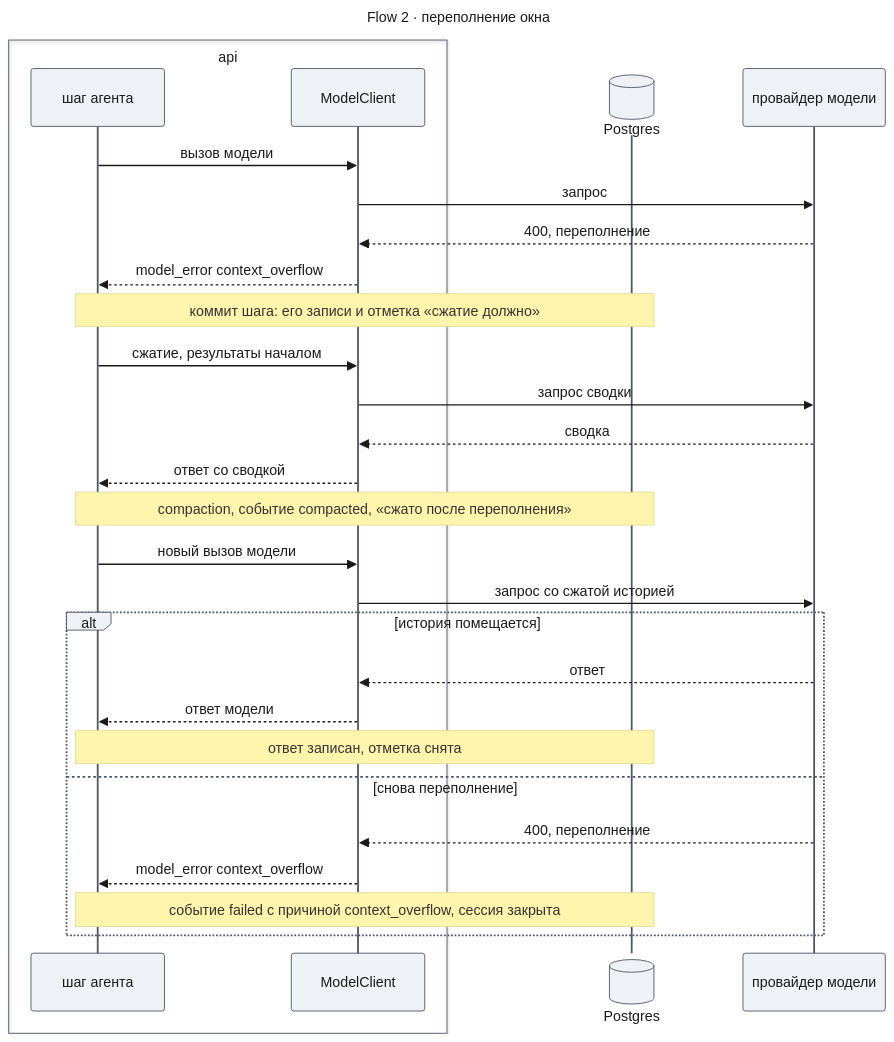
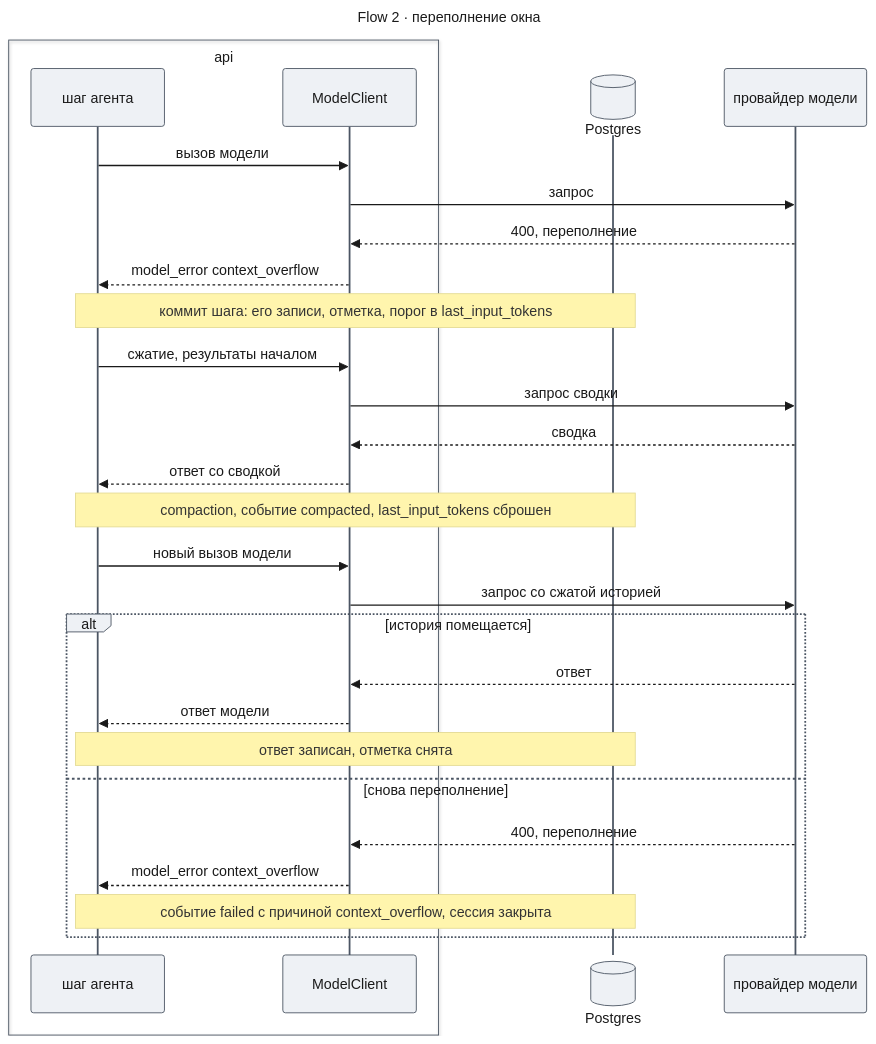
Before and after one commit to tundraray/agent-os: the fourth of 4 diagrams in docs/features/runtime-fixes/design-steps.md, drawn with Mermaid. The commit also changed other lines of this file and 3 other files, not shown here.

````diff
--- a/docs/features/runtime-fixes/design-steps.md
+++ b/docs/features/runtime-fixes/design-steps.md
@@ -307,57 +314,57 @@
 ```mermaid
 ---
 title: "Flow 2 · переполнение окна"
 config:
   theme: base
   look: classic
   themeVariables:
     primaryColor: "#eef1f5"
     primaryBorderColor: "#4b5563"
     primaryTextColor: "#1a1a1a"
     lineColor: "#6b7280"
   themeCSS: |
     @keyframes lit_s2{0%,6.43%{stroke:#991b1b;stroke-width:6px}7.14%,100%{stroke:#37474f;stroke-width:2px}}
     .messageLine0[data-id='i0'],.messageLine1[data-id='i0']{animation:lit_s2 16.8s linear 0s infinite}
     .messageLine0[data-id='i1'],.messageLine1[data-id='i1']{animation:lit_s2 16.8s linear 1.2s infinite}
     .messageLine0[data-id='i2'],.messageLine1[data-id='i2']{animation:lit_s2 16.8s linear 2.4s infinite}
     .messageLine0[data-id='i3'],.messageLine1[data-id='i3']{animation:lit_s2 16.8s linear 3.6s infinite}
     .messageLine0[data-id='i5'],.messageLine1[data-id='i5']{animation:lit_s2 16.8s linear 4.8s infinite}
     .messageLine0[data-id='i6'],.messageLine1[data-id='i6']{animation:lit_s2 16.8s linear 6s infinite}
     .messageLine0[data-id='i7'],.messageLine1[data-id='i7']{animation:lit_s2 16.8s linear 7.2s infinite}
     .messageLine0[data-id='i8'],.messageLine1[data-id='i8']{animation:lit_s2 16.8s linear 8.4s infinite}
     .messageLine0[data-id='i10'],.messageLine1[data-id='i10']{animation:lit_s2 16.8s linear 9.6s infinite}
     .messageLine0[data-id='i11'],.messageLine1[data-id='i11']{animation:lit_s2 16.8s linear 10.8s infinite}
     .messageLine0[data-id='i13'],.messageLine1[data-id='i13']{animation:lit_s2 16.8s linear 12s infinite}
     .messageLine0[data-id='i14'],.messageLine1[data-id='i14']{animation:lit_s2 16.8s linear 13.2s infinite}
     .messageLine0[data-id='i17'],.messageLine1[data-id='i17']{animation:lit_s2 16.8s linear 14.4s infinite}
     .messageLine0[data-id='i18'],.messageLine1[data-id='i18']{animation:lit_s2 16.8s linear 15.6s infinite}
 ---
 sequenceDiagram
     box api
         participant S as шаг агента
         participant M as ModelClient
     end
     participant DB@{ "type": "database" } as Postgres
     participant P as провайдер модели
     S->>M: вызов модели
     M->>P: запрос
     P-->>M: 400, переполнение
     M-->>S: model_error context_overflow
-    Note over S,DB: коммит шага: его записи и отметка «сжатие должно»
+    Note over S,DB: коммит шага: его записи, отметка, порог в last_input_tokens
     S->>M: сжатие, результаты началом
     M->>P: запрос сводки
     P-->>M: сводка
     M-->>S: ответ со сводкой
-    Note over S,DB: compaction, событие compacted, «сжато после переполнения»
+    Note over S,DB: compaction, событие compacted, last_input_tokens сброшен
     S->>M: новый вызов модели
     M->>P: запрос со сжатой историей
     alt история помещается
         P-->>M: ответ
         M-->>S: ответ модели
         Note over S,DB: ответ записан, отметка снята
     else снова переполнение
         P-->>M: 400, переполнение
         M-->>S: model_error context_overflow
         Note over S,DB: событие failed с причиной context_overflow, сессия закрыта
     end
 ```
````
